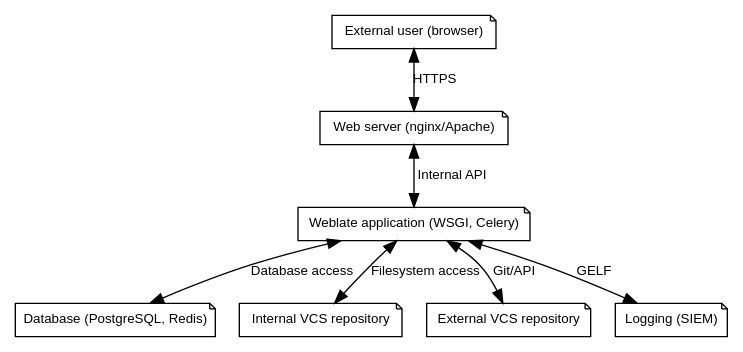
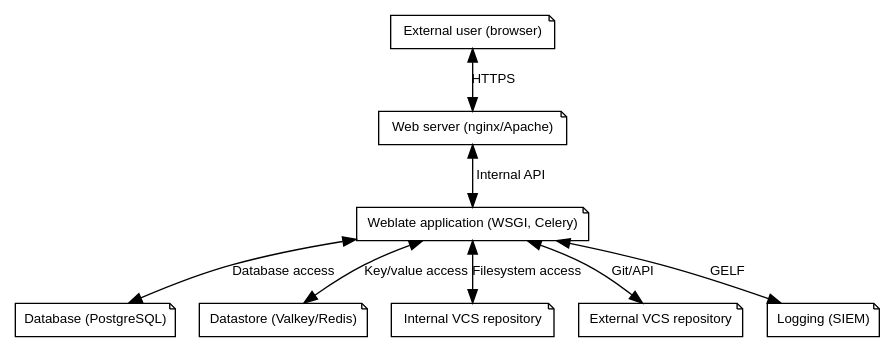
Before and after one commit to WeblateOrg/weblate: the diagram in docs/security/threat-model.rst, drawn with Graphviz. The commit also changed other lines of this file and 15 other files, not shown here.

```diff
--- a/docs/security/threat-model.rst
+++ b/docs/security/threat-model.rst
@@ -24,14 +24,15 @@
 .. graphviz::
 
    digraph translations {
       graph [fontname = "sans-serif", fontsize=10];
       node [fontname = "sans-serif", fontsize=10, margin=0.1, height=0, style=filled, fillcolor=white, shape=note];
       edge [fontname = "sans-serif", fontsize=10, dir=both];
 
       "External user (browser)" -> "Web server (nginx/Apache)" [label="HTTPS"];
       "Web server (nginx/Apache)" -> "Weblate application (WSGI, Celery)" [label="Internal API"];
-      "Weblate application (WSGI, Celery)" -> "Database (PostgreSQL, Redis)" [label="Database access"];
+      "Weblate application (WSGI, Celery)" -> "Database (PostgreSQL)" [label="Database access"];
+      "Weblate application (WSGI, Celery)" -> "Datastore (Valkey/Redis)" [label="Key/value access"];
       "Weblate application (WSGI, Celery)" -> "Internal VCS repository" [label="Filesystem access"];
       "Weblate application (WSGI, Celery)" -> "External VCS repository" [label="Git/API"];
       "Weblate application (WSGI, Celery)" -> "Logging (SIEM)" [label="GELF"];
    }
```
